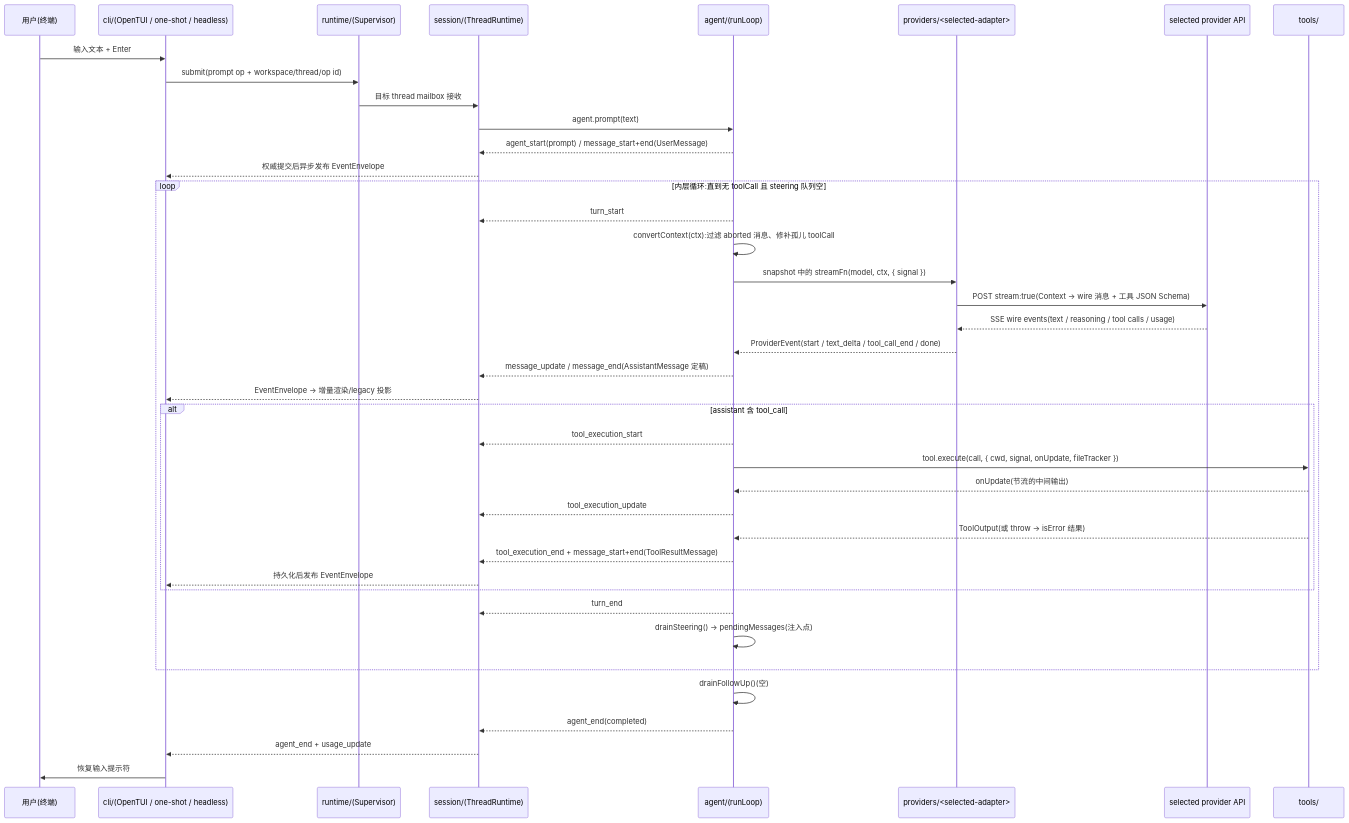
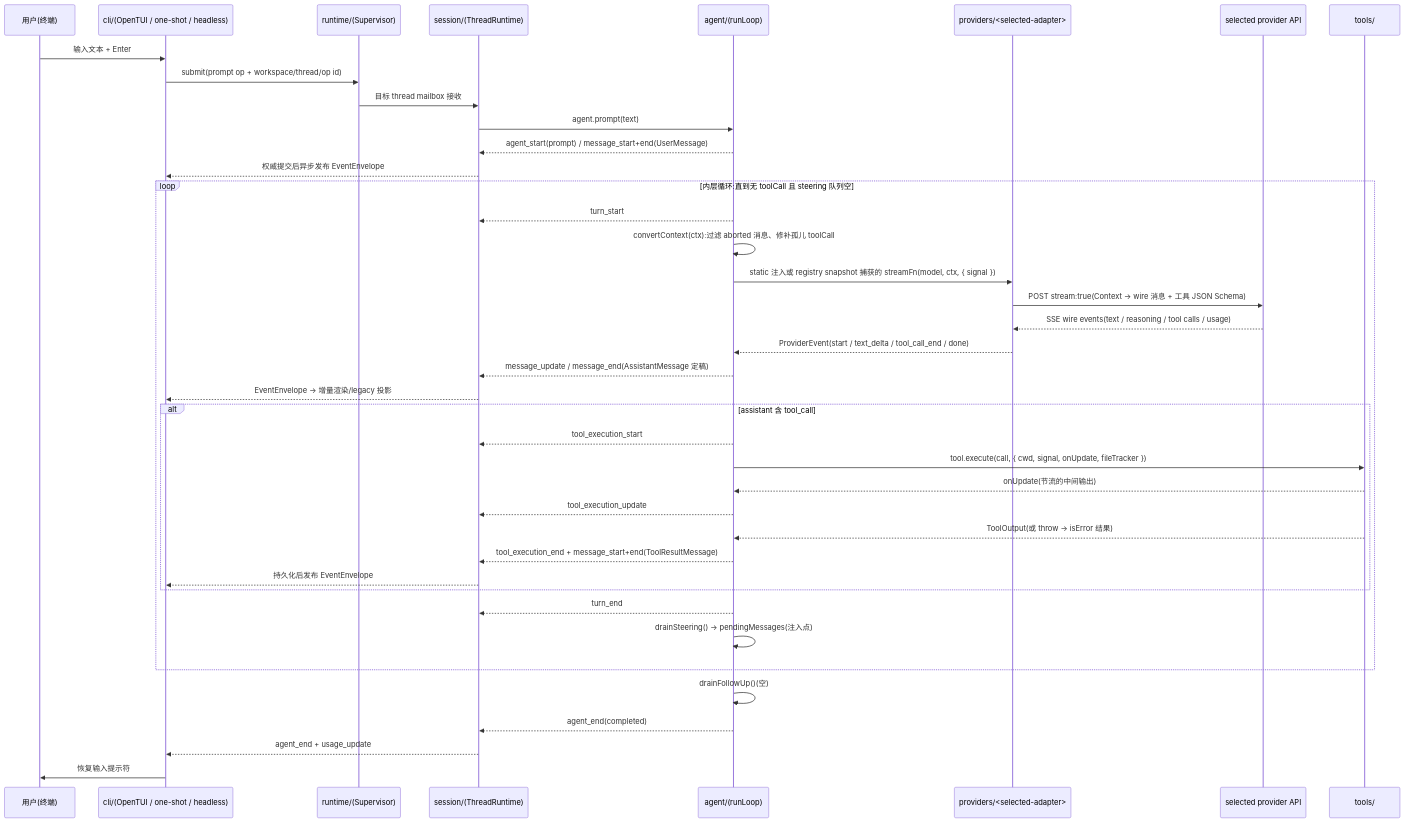
The third of 3 diagrams in docs/02-architecture.md (rita152/coda), drawn with Mermaid before and after one commit. The commit also changed other lines of this file and 16 other files, not shown here.

````diff
--- a/docs/02-architecture.md
+++ b/docs/02-architecture.md
@@ -306,43 +282,43 @@
 ```mermaid
 sequenceDiagram
   participant U as 用户(终端)
   participant CLI as cli/(OpenTUI / one-shot / headless)
   participant R as runtime/(Supervisor)
   participant S as session/(ThreadRuntime)
   participant AG as agent/(runLoop)
   participant AD as providers/<selected-adapter>
   participant API as selected provider API
   participant T as tools/
 
   U->>CLI: 输入文本 + Enter
   CLI->>R: submit(prompt op + workspace/thread/op id)
   R->>S: 目标 thread mailbox 接收
   S->>AG: agent.prompt(text)
   AG-->>S: agent_start(prompt) / message_start+end(UserMessage)
   S-->>CLI: 权威提交后异步发布 EventEnvelope
   loop 内层循环:直到无 toolCall 且 steering 队列空
     AG-->>S: turn_start
     AG->>AG: convertContext(ctx):过滤 aborted 消息、修补孤儿 toolCall
-    AG->>AD: snapshot 中的 streamFn(model, ctx, { signal })
+    AG->>AD: static 注入或 registry snapshot 捕获的 streamFn(model, ctx, { signal })
     AD->>API: POST stream:true(Context → wire 消息 + 工具 JSON Schema)
     API-->>AD: SSE wire events(text / reasoning / tool calls / usage)
     AD-->>AG: ProviderEvent(start / text_delta / tool_call_end / done)
     AG-->>S: message_update / message_end(AssistantMessage 定稿)
     S-->>CLI: EventEnvelope → 增量渲染/legacy 投影
     alt assistant 含 tool_call
       AG-->>S: tool_execution_start
       AG->>T: tool.execute(call, { cwd, signal, onUpdate, fileTracker })
       T-->>AG: onUpdate(节流的中间输出)
       AG-->>S: tool_execution_update
       T-->>AG: ToolOutput(或 throw → isError 结果)
       AG-->>S: tool_execution_end + message_start+end(ToolResultMessage)
       S-->>CLI: 持久化后发布 EventEnvelope
     end
     AG-->>S: turn_end
     AG->>AG: drainSteering() → pendingMessages(注入点)
   end
   AG->>AG: drainFollowUp()(空)
   AG-->>S: agent_end(completed)
   S-->>CLI: agent_end + usage_update
   CLI->>U: 恢复输入提示符
 ```
````
